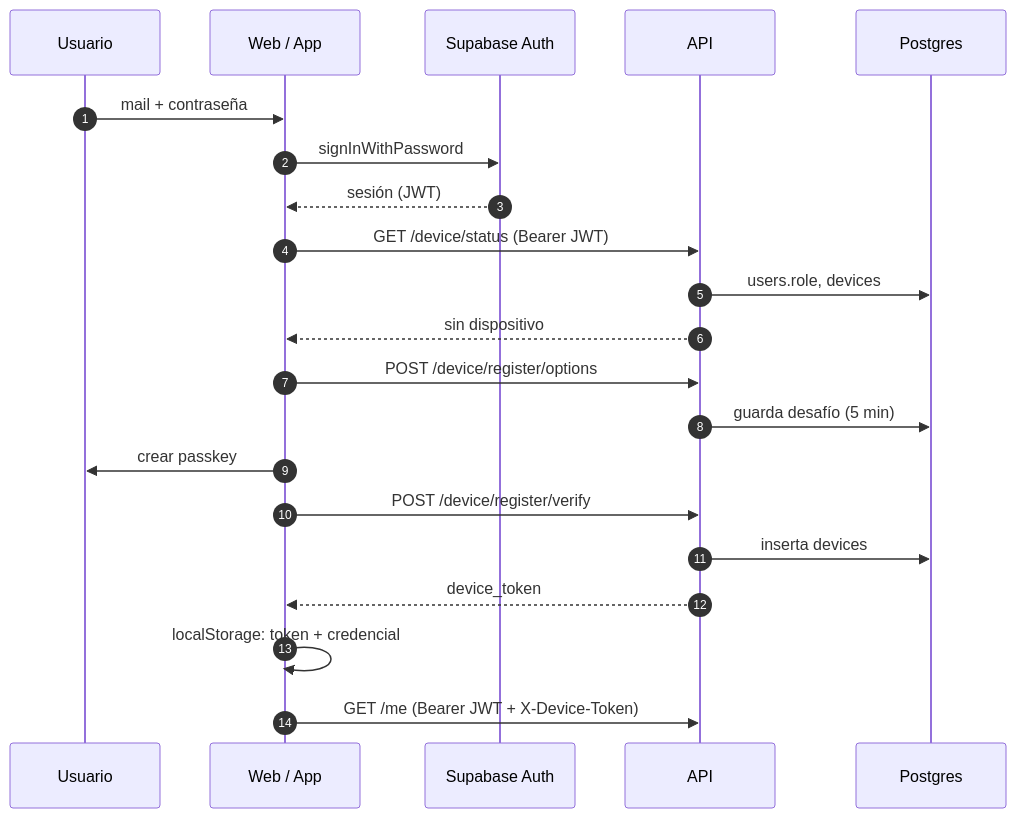
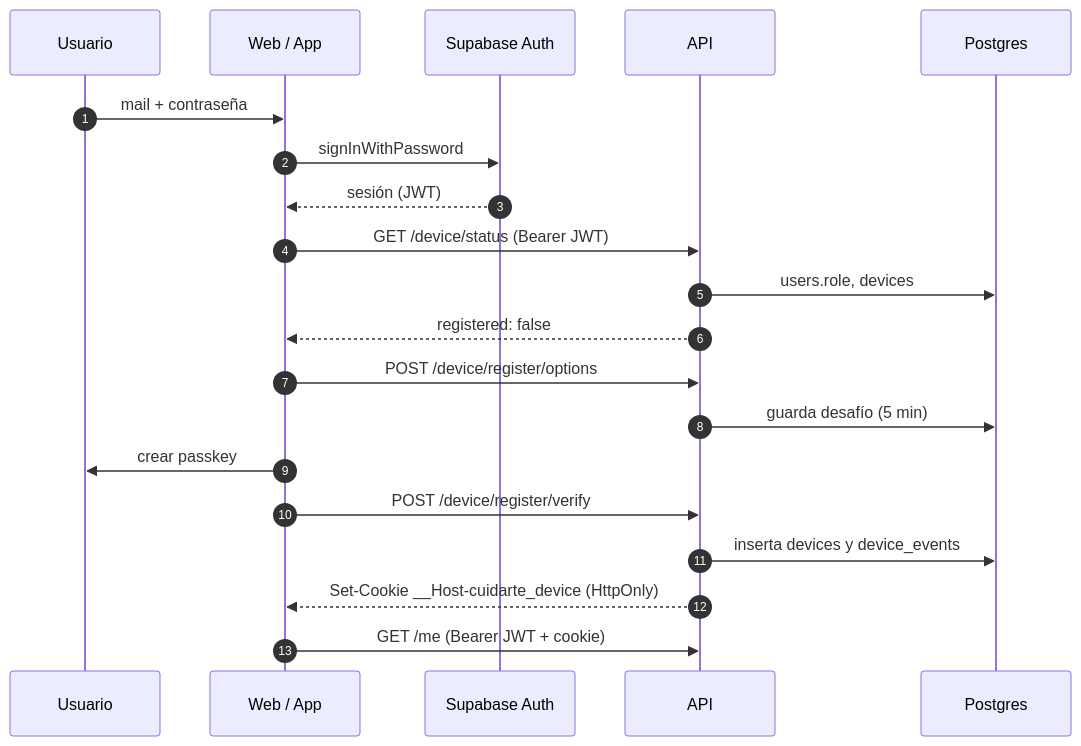
Before and after one commit to Nicolasgh91/red-cuidarte: the third of 5 diagrams in docs/architecture.md, drawn with Mermaid. The commit also changed other lines of this file and 45 other files, not shown here.

````diff
--- a/docs/architecture.md
+++ b/docs/architecture.md
@@ -274,24 +275,23 @@
 ```mermaid
 sequenceDiagram
   autonumber
   participant U as Usuario
   participant W as Web / App
   participant SA as Supabase Auth
   participant API
   participant DB as Postgres
 
   U->>W: mail + contraseña
   W->>SA: signInWithPassword
   SA-->>W: sesión (JWT)
   W->>API: GET /device/status (Bearer JWT)
   API->>DB: users.role, devices
-  API-->>W: sin dispositivo
+  API-->>W: registered: false
   W->>API: POST /device/register/options
   API->>DB: guarda desafío (5 min)
   W->>U: crear passkey
   W->>API: POST /device/register/verify
-  API->>DB: inserta devices
-  API-->>W: device_token
-  W->>W: localStorage: token + credencial
-  W->>API: GET /me (Bearer JWT + X-Device-Token)
+  API->>DB: inserta devices y device_events
+  API-->>W: Set-Cookie __Host-cuidarte_device (HttpOnly)
+  W->>API: GET /me (Bearer JWT + cookie)
 ```
````
